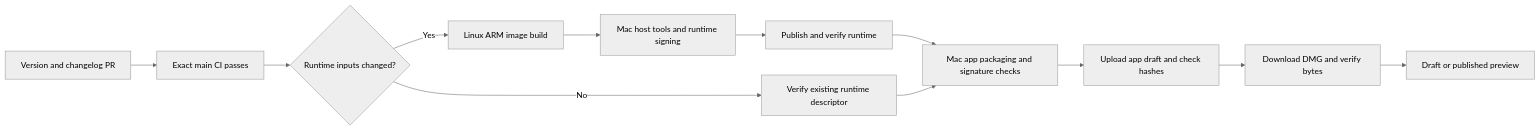
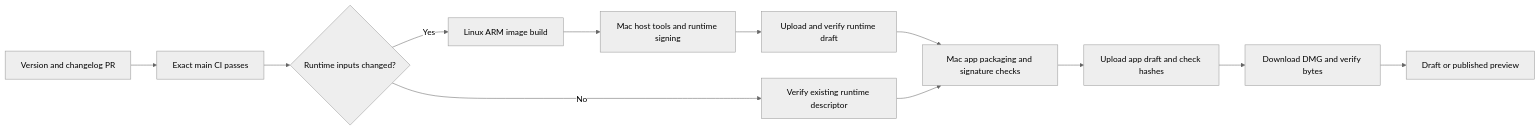
The diagram in desktop/RELEASING.md (n8n-io/nod), drawn with Mermaid (neutral theme) before and after one commit. The commit also changed other lines of this file and 51 other files, not shown here.

````diff
--- a/desktop/RELEASING.md
+++ b/desktop/RELEASING.md
@@ -46,14 +46,14 @@
 ```mermaid
 flowchart LR
   P[Version and changelog PR] --> C[Exact main CI passes]
   C --> R{Runtime inputs changed?}
   R -->|Yes| I[Linux ARM image build]
   I --> H[Mac host tools and runtime signing]
-  H --> V[Publish and verify runtime]
+  H --> V[Upload and verify runtime draft]
   R -->|No| D[Verify existing runtime descriptor]
   V --> A[Mac app packaging and signature checks]
   D --> A
   A --> U[Upload app draft and check hashes]
   U --> Q[Download DMG and verify bytes]
   Q --> F[Draft or published preview]
 ```
````
